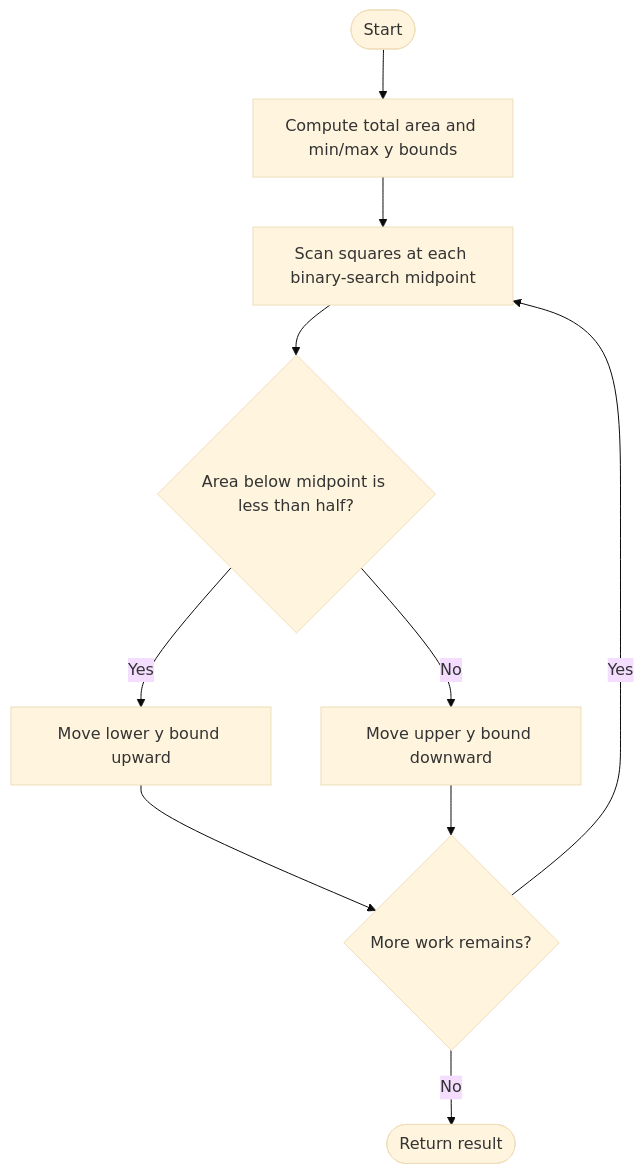
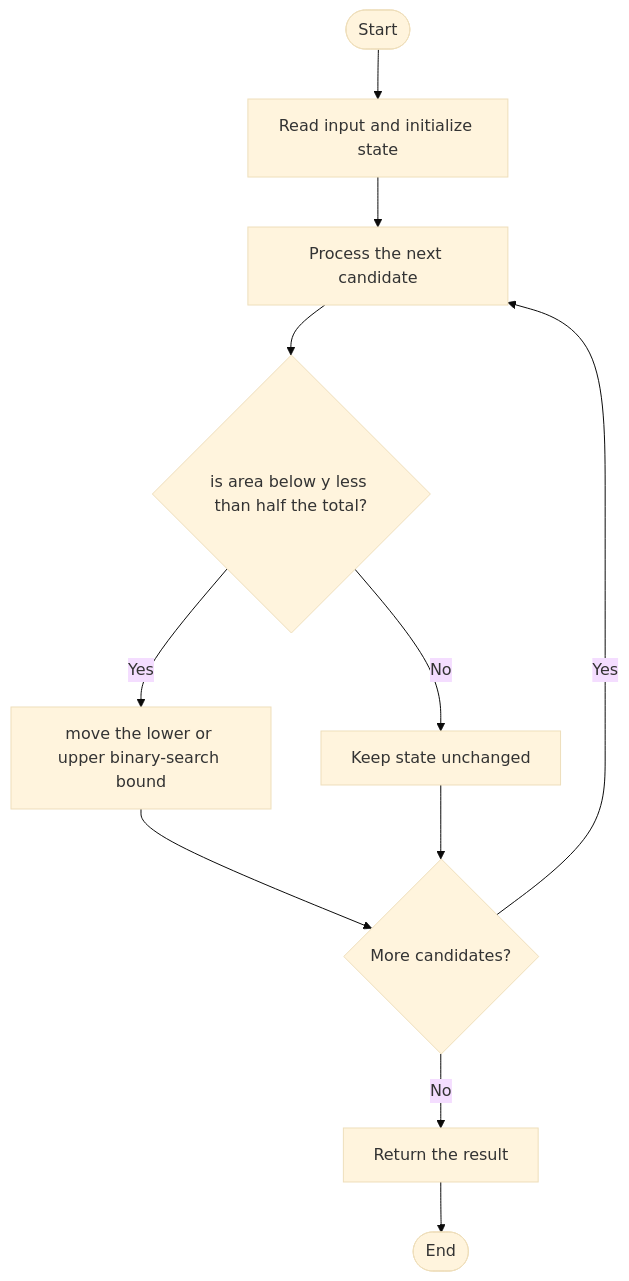
One commit to SAIDEEPBHANGE/C-CPP-Codes changed the diagram in LeetCode/3453/README.md. Above: the diagram before and after it, drawn with Mermaid (base theme). The commit also changed other lines of this file and 196 other files, not shown here.

````diff
--- a/LeetCode/3453/README.md
+++ b/LeetCode/3453/README.md
@@ -13,12 +27,13 @@
 ```mermaid
 flowchart TD
- A([Start]) --> B[Compute total area and min/max y bounds]
- B --> C[Scan squares at each binary-search midpoint]
- C --> D{Area below midpoint is less than half?}
- D -- Yes --> E[Move lower y bound upward]
- D -- No --> F[Move upper y bound downward]
- E --> G{More work remains?}
- F --> G
- G -- Yes --> C
- G -- No --> H([Return result])
+    A([Start]) --> B[Read input and initialize state]
+    B --> C[Process the next candidate]
+    C --> D{is area below y less than half the total?}
+    D -->|Yes| E[move the lower or upper binary-search bound]
+    D -->|No| F[Keep state unchanged]
+    E --> G{More candidates?}
+    F --> G
+    G -->|Yes| C
+    G -->|No| H[Return the result]
+    H --> I([End])
 ```
````
